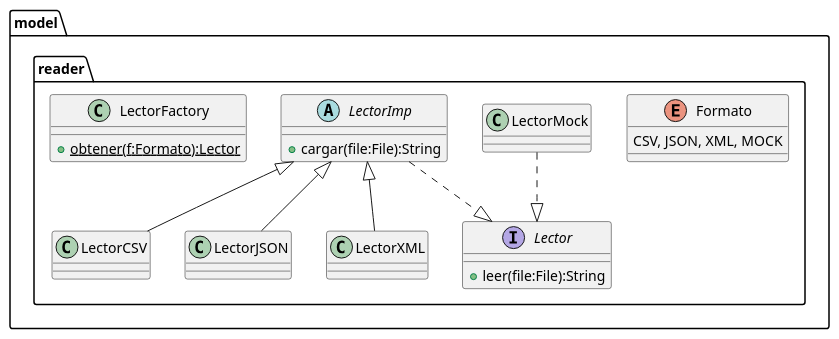
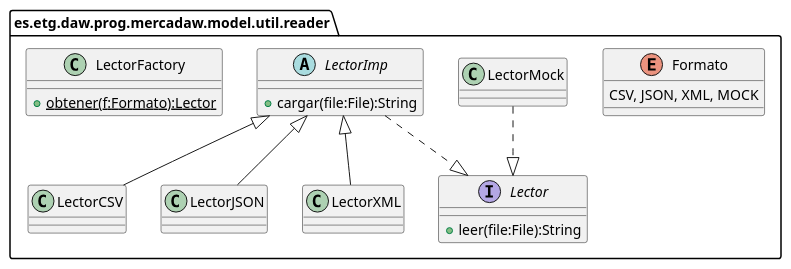
Before and after one commit to dmadcha/mercadaw_trabajo_ev3: the diagram in design/Clases/ClasesReader.pu, drawn with PlantUML. The commit also changed 2 other files, not shown here.

Commit message:
Actualizacion diagrama de las clases reader, input y export

```diff
--- a/design/Clases/ClasesReader.pu
+++ b/design/Clases/ClasesReader.pu
@@ -1,46 +1,47 @@
-@startuml Lector
-    package model{
-        package reader{
-            enum Formato{
-                CSV, JSON, XML, MOCK
-            }
+@startuml reader
 
-            class LectorCSV{
+set separator none
+package es.etg.daw.prog.mercadaw.model.util.reader{
+    
+    enum Formato{
+        CSV, JSON, XML, MOCK
+    }
 
-            }
+    class LectorCSV{
 
-            class LectorJSON{
+    }
 
-            }
+    class LectorJSON{
 
-            class LectorXML{
+    }
 
-            }
+    class LectorXML{
 
-            class LectorMock{
+    }
 
-            }
+    class LectorMock{
 
-            abstract LectorImp{
-                + cargar(file:File):String
-            }
+    }
 
-            interface Lector{
-                + leer(file:File):String
-            }
+    abstract LectorImp{
+        + cargar(file:File):String
+    }
+
+    interface Lector{
+        + leer(file:File):String
+    }
 
 
-            class LectorFactory{
-               + {static} obtener(f:Formato):Lector
-            }
+    class LectorFactory{
+        + {static} obtener(f:Formato):Lector
+    }
 
 
 
-        }
-    }
-        LectorImp <|-- LectorCSV
-        LectorImp <|-- LectorJSON
-        LectorImp <|-- LectorXML
-        LectorImp ..|> Lector
-        LectorMock ..|> Lector
+}
+LectorImp <|-- LectorCSV
+LectorImp <|-- LectorJSON
+LectorImp <|-- LectorXML
+LectorImp ..|> Lector
+LectorMock ..|> Lector
 @enduml
```
